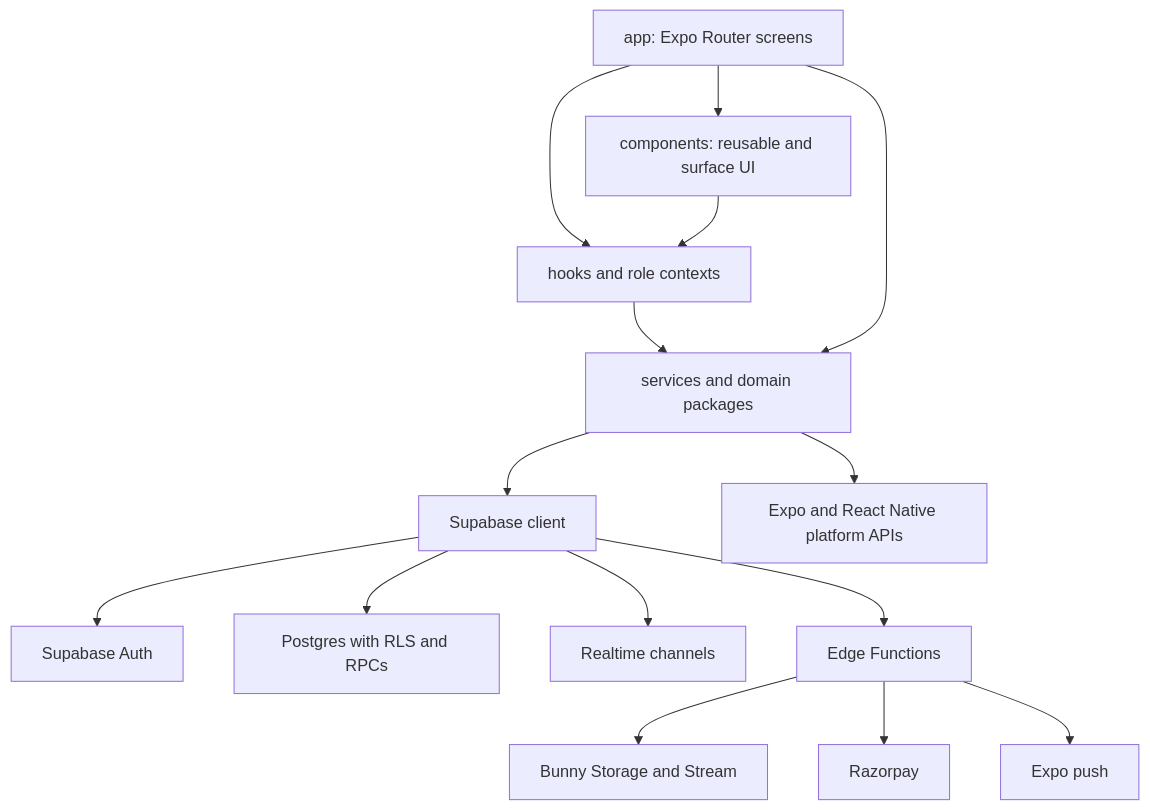
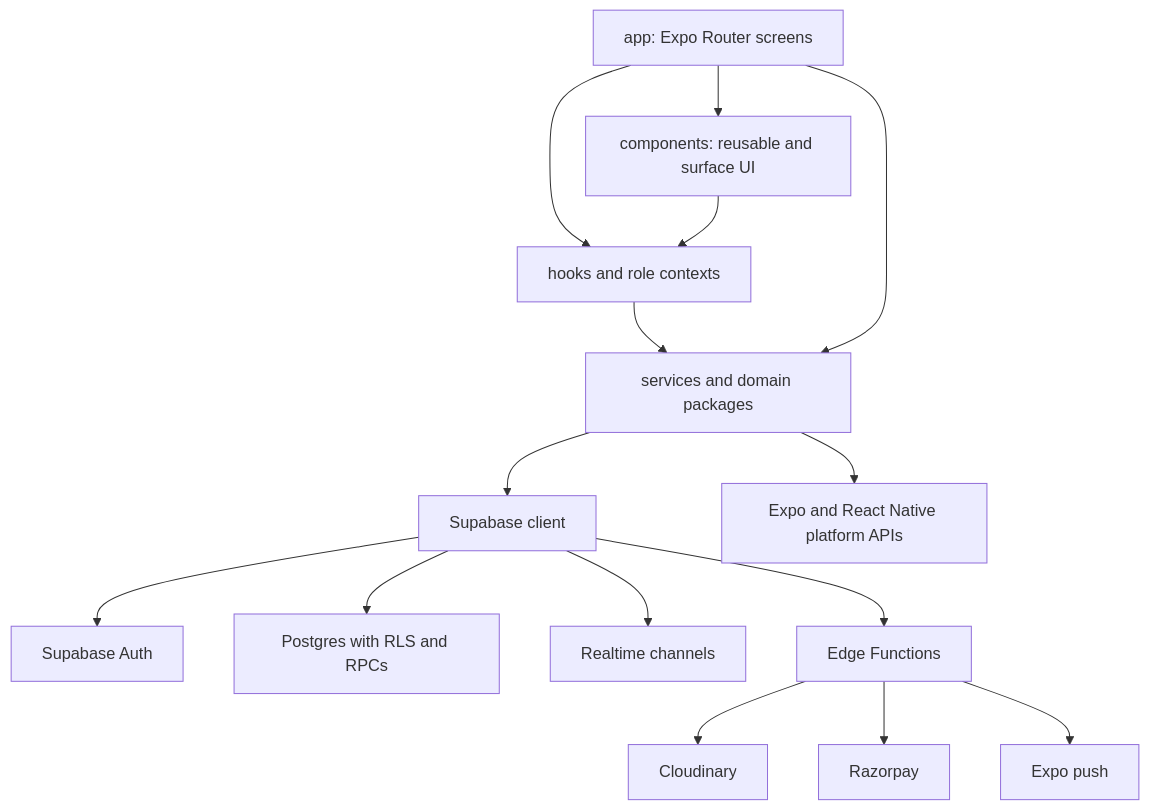
The second of 6 diagrams in docs/ARCHITECTURE.md (RoyalLagn/ROYAL-2.0), drawn with Mermaid before and after one commit. The commit also changed other lines of this file and 83 other files, not shown here.

Commit message:
Migrate media delivery from Bunny to Cloudinary

````diff
--- a/docs/ARCHITECTURE.md
+++ b/docs/ARCHITECTURE.md
@@ -59,17 +59,17 @@
 ```mermaid
 flowchart TB
     Routes[app: Expo Router screens] --> Components[components: reusable and surface UI]
     Routes --> Hooks[hooks and role contexts]
     Components --> Hooks
     Hooks --> Services[services and domain packages]
     Routes --> Services
     Services --> Client[Supabase client]
     Services --> Device[Expo and React Native platform APIs]
     Client --> Auth[Supabase Auth]
     Client --> DB[Postgres with RLS and RPCs]
     Client --> Realtime[Realtime channels]
     Client --> Functions[Edge Functions]
-    Functions --> Bunny[Bunny Storage and Stream]
+    Functions --> Cloudinary[Cloudinary]
     Functions --> Razorpay[Razorpay]
     Functions --> Push[Expo push]
 ```
````
